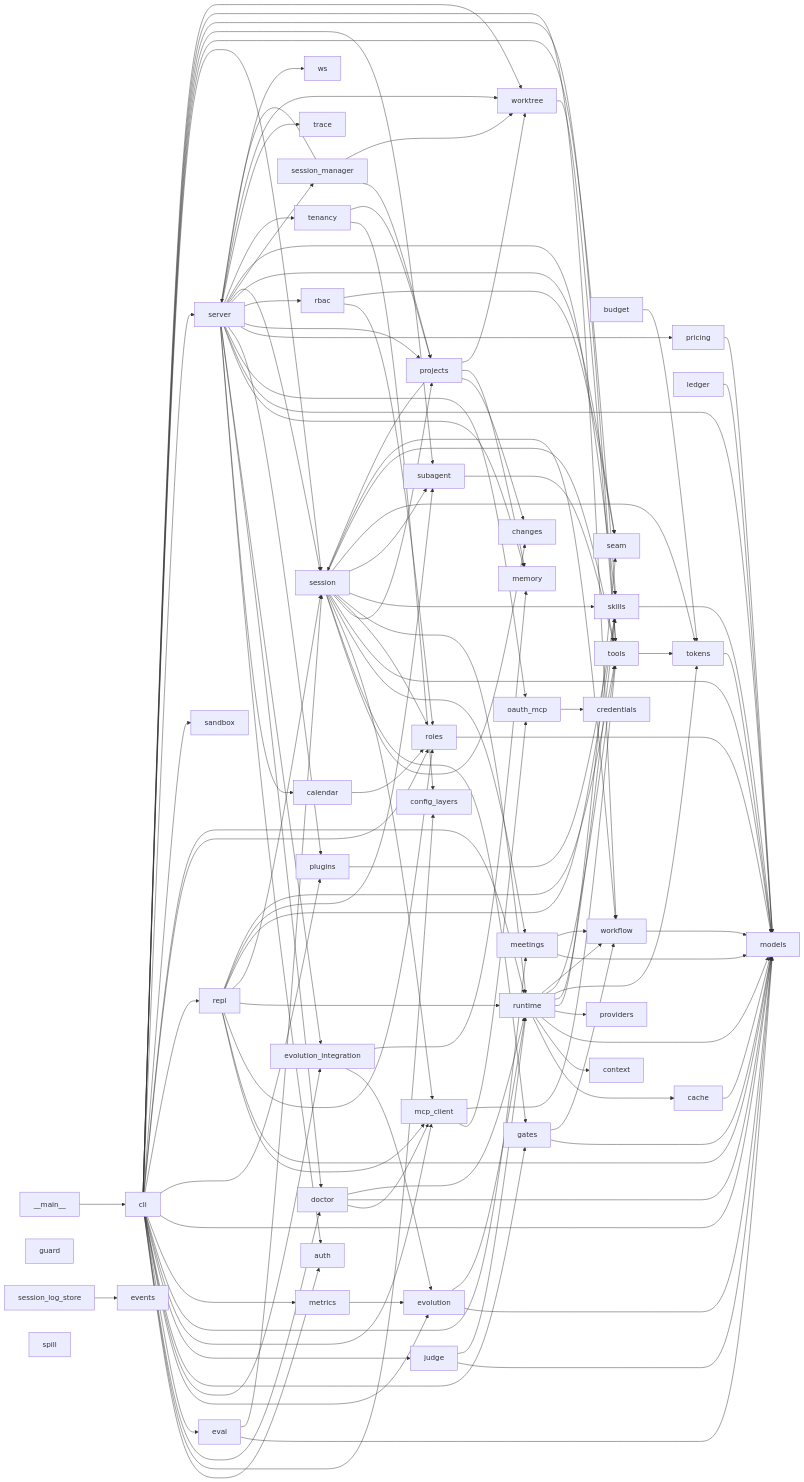
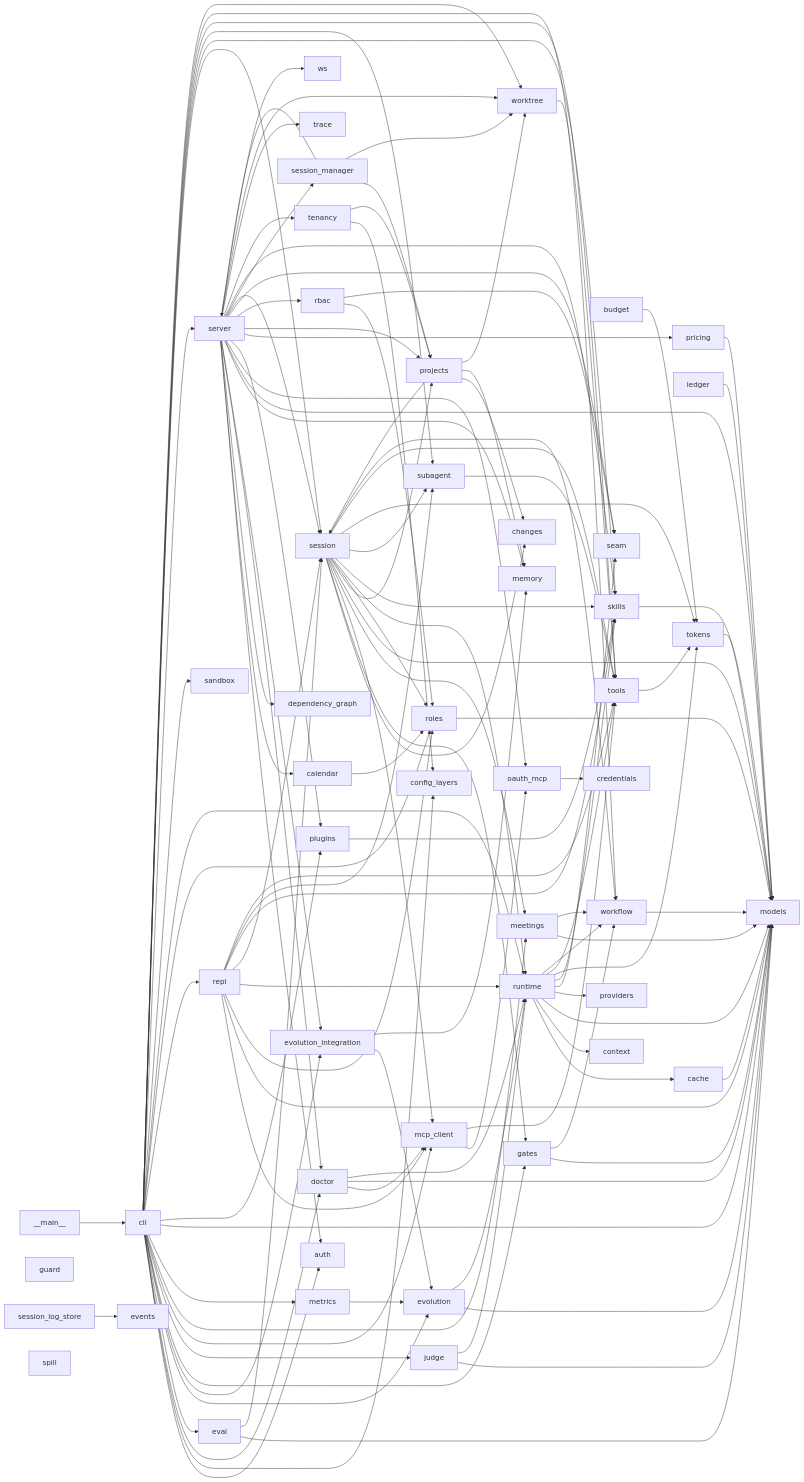
One commit to Natsummerance/agent-cluster-runtime changed the diagram in docs/module-graph.md. Above: the diagram before and after it, drawn with Mermaid. The commit also changed 11 other files, not shown here.

Commit message:
Task 14.16: feat - cross-project dependency graph (edges, cycle detection, impact analysis, API + page)

```diff
--- a/docs/module-graph.md
+++ b/docs/module-graph.md
@@ -14,6 +14,7 @@
     config_layers[config_layers]
     context[context]
     credentials[credentials]
+    dependency_graph[dependency_graph]
     doctor[doctor]
     eval[eval]
     events[events]
@@ -129,6 +130,7 @@
     runtime --> workflow
     server --> auth
     server --> calendar
+    server --> dependency_graph
     server --> doctor
     server --> evolution_integration
     server --> memory
```
